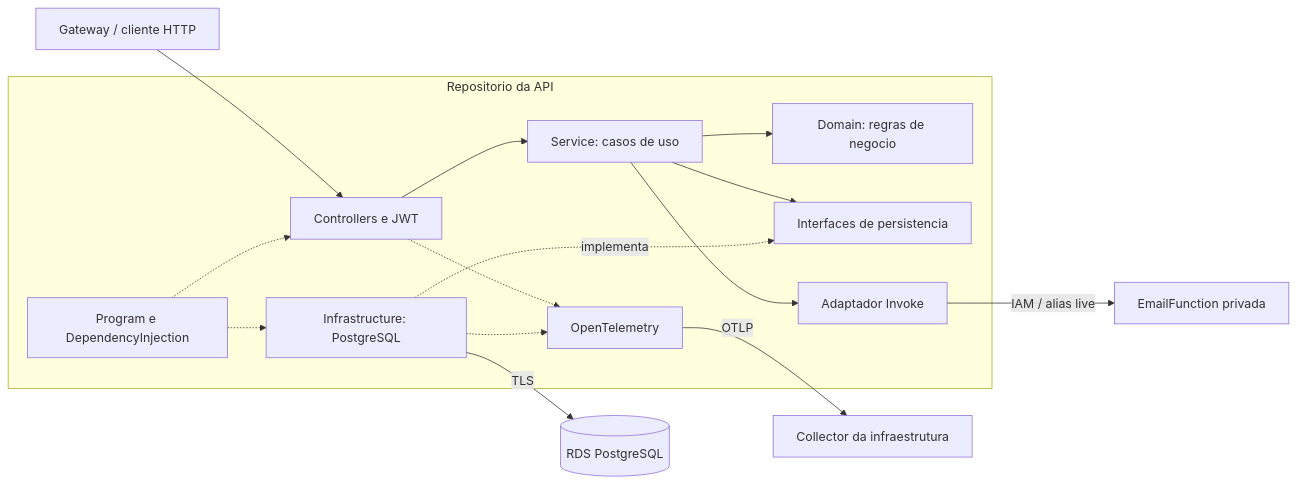
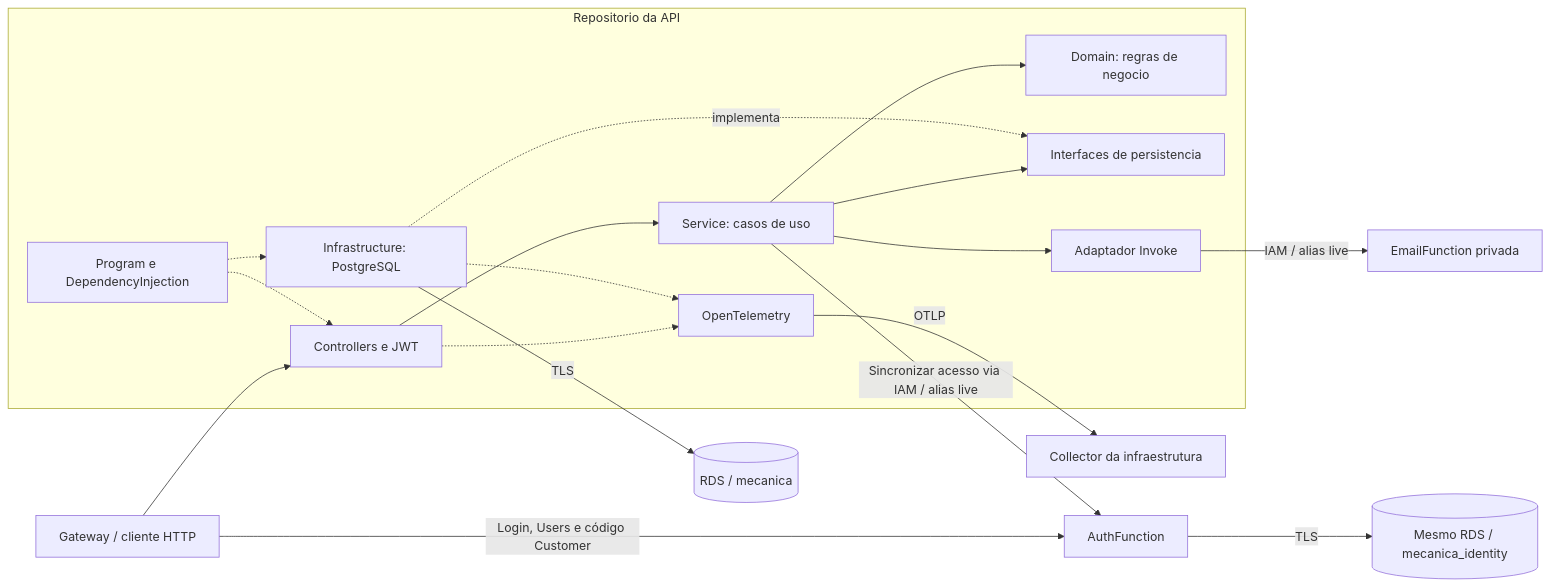
One commit to pknfelps/GerenciamentoMecanicaSistema changed the diagram in README.md. Above: the diagram before and after it, drawn with Mermaid. The commit also changed other lines of this file and 31 other files, not shown here.

```diff
--- a/README.md
+++ b/README.md
@@ -7,18 +7,21 @@
 ~~~mermaid
 flowchart LR
     GW["Gateway / cliente HTTP"] --> HTTP["Controllers e JWT"]
+    GW -->|"Login, Users e código Customer"| AUTH["AuthFunction"]
     subgraph APP["Repositorio da API"]
         HTTP --> SERVICE["Service: casos de uso"]
         SERVICE --> DOMAIN["Domain: regras de negocio"]
         SERVICE --> PORTS["Interfaces de persistencia"]
         INFRA["Infrastructure: PostgreSQL"] -.->|implementa| PORTS
         SERVICE --> EMAIL["Adaptador Invoke"]
         DI["Program e DependencyInjection"] -.-> HTTP
         DI -.-> INFRA
         HTTP -.-> OTEL["OpenTelemetry"]
         INFRA -.-> OTEL
     end
-    INFRA -->|TLS| DB[("RDS PostgreSQL")]
+    INFRA -->|TLS| DB[("RDS / mecanica")]
+    SERVICE -->|"Sincronizar acesso via IAM / alias live"| AUTH
+    AUTH -->|TLS| IDENTITY[("Mesmo RDS / mecanica_identity")]
     EMAIL -->|IAM / alias live| FN["EmailFunction privada"]
     OTEL -->|OTLP| COL["Collector da infraestrutura"]
 ~~~
```
